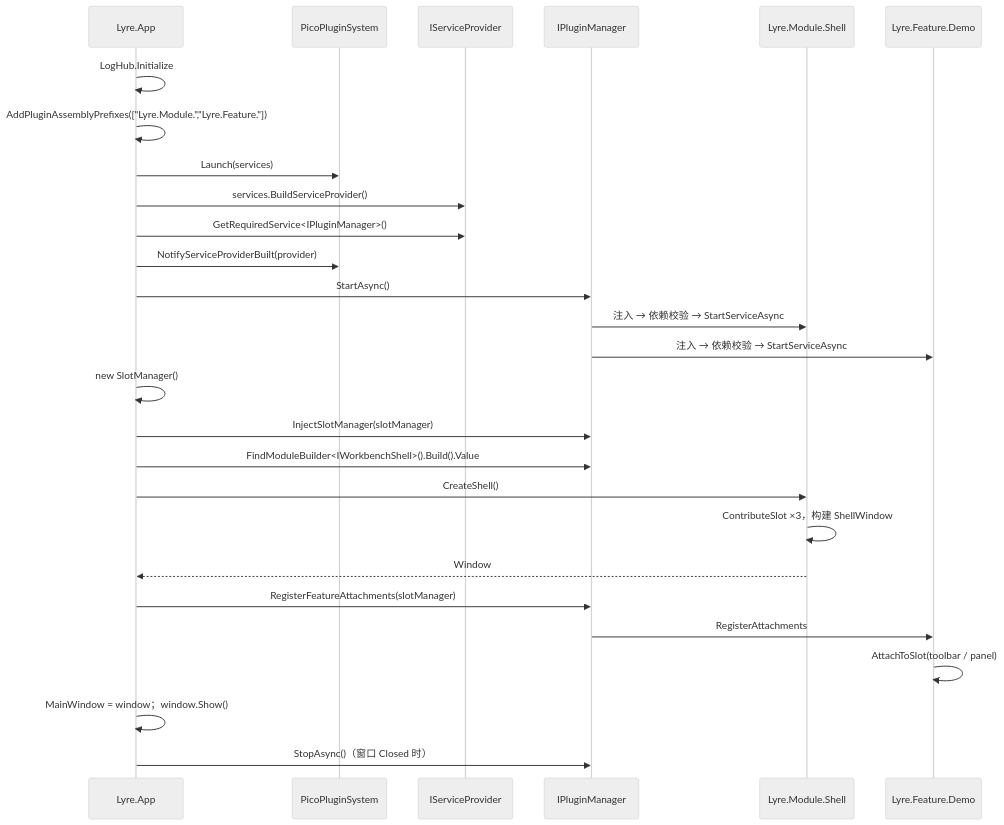
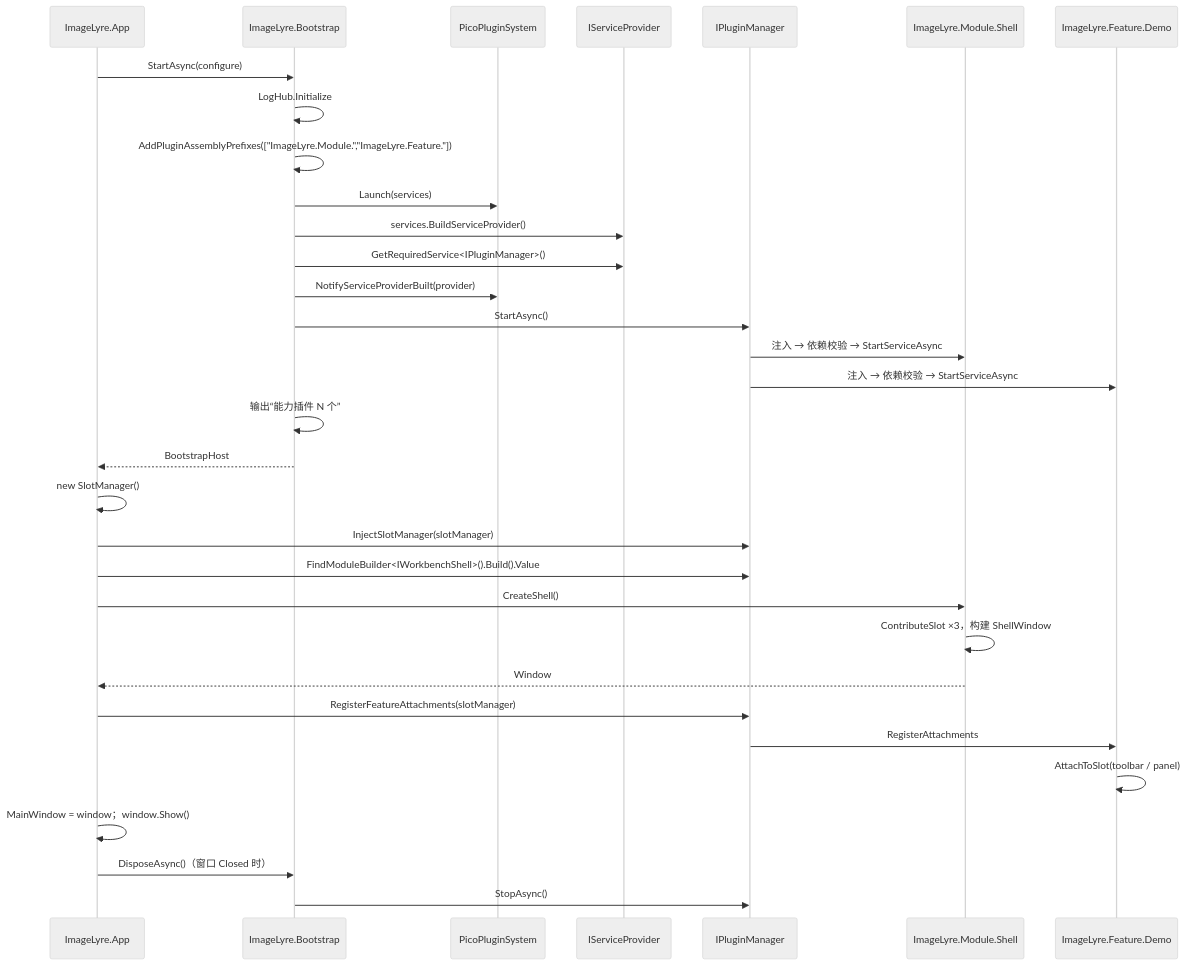
The second of 2 diagrams in docs/design/lukan/DESIGN-0001-M1-插件骨架.md (xknife-erian/ImageLyre), drawn with Mermaid (neutral theme) before and after one commit. The commit also changed other lines of this file, not shown here.

Commit message:
docs(design): 补 Bootstrap 工程与上下文约定，工程名统一 ImageLyre 前缀

````diff
--- a/docs/design/lukan/DESIGN-0001-M1-插件骨架.md
+++ b/docs/design/lukan/DESIGN-0001-M1-插件骨架.md
@@ -87,30 +93,35 @@
 ```mermaid
 sequenceDiagram
-    participant App as Lyre.App
+    participant App as ImageLyre.App
+    participant Boot as ImageLyre.Bootstrap
     participant PS as PicoPluginSystem
     participant SP as IServiceProvider
     participant Mgr as IPluginManager
-    participant Shell as Lyre.Module.Shell
-    participant Feat as Lyre.Feature.Demo
+    participant Shell as ImageLyre.Module.Shell
+    participant Feat as ImageLyre.Feature.Demo
 
-    App->>App: LogHub.Initialize
-    App->>App: AddPluginAssemblyPrefixes(["Lyre.Module.","Lyre.Feature."])
-    App->>PS: Launch(services)
-    App->>SP: services.BuildServiceProvider()
-    App->>SP: GetRequiredService<IPluginManager>()
-    App->>PS: NotifyServiceProviderBuilt(provider)
-    App->>Mgr: StartAsync()
+    App->>Boot: StartAsync(configure)
+    Boot->>Boot: LogHub.Initialize
+    Boot->>Boot: AddPluginAssemblyPrefixes(["ImageLyre.Module.","ImageLyre.Feature."])
+    Boot->>PS: Launch(services)
+    Boot->>SP: services.BuildServiceProvider()
+    Boot->>SP: GetRequiredService<IPluginManager>()
+    Boot->>PS: NotifyServiceProviderBuilt(provider)
+    Boot->>Mgr: StartAsync()
     Mgr->>Shell: 注入 → 依赖校验 → StartServiceAsync
     Mgr->>Feat: 注入 → 依赖校验 → StartServiceAsync
+    Boot->>Boot: 输出“能力插件 N 个”
+    Boot-->>App: BootstrapHost
     App->>App: new SlotManager()
     App->>Mgr: InjectSlotManager(slotManager)
     App->>Mgr: FindModuleBuilder<IWorkbenchShell>().Build().Value
     App->>Shell: CreateShell()
     Shell->>Shell: ContributeSlot ×3，构建 ShellWindow
     Shell-->>App: Window
     App->>Mgr: RegisterFeatureAttachments(slotManager)
     Mgr->>Feat: RegisterAttachments
     Feat->>Feat: AttachToSlot(toolbar / panel)
     App->>App: MainWindow = window；window.Show()
-    App->>Mgr: StopAsync()（窗口 Closed 时）
+    App->>Boot: DisposeAsync()（窗口 Closed 时）
+    Boot->>Mgr: StopAsync()
 ```
````
